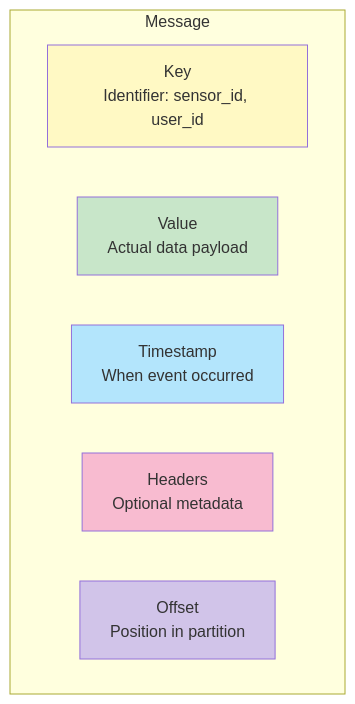
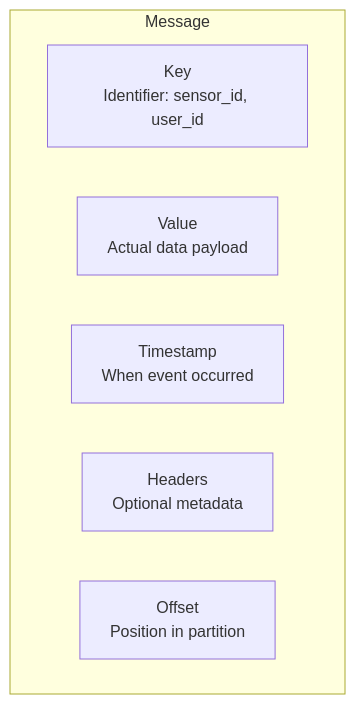
The fourth of 26 diagrams in docs/tutorials/kafka-getting-started.md (mombe090/techdocs), drawn with Mermaid before and after one commit. The commit also changed other lines of this file and 11 other files, not shown here.

First line of the commit message:
style: remove hardcoded Mermaid diagram colors for dark mode compatibility

````diff
--- a/docs/tutorials/kafka-getting-started.md
+++ b/docs/tutorials/kafka-getting-started.md
@@ -138,16 +130,11 @@
 ```mermaid
 graph TB
     subgraph Message
     A[Key<br/>Identifier: sensor_id, user_id]
     B[Value<br/>Actual data payload]
     C[Timestamp<br/>When event occurred]
     D[Headers<br/>Optional metadata]
     E[Offset<br/>Position in partition]
     end
 
-    style A fill:#fff9c4
-    style B fill:#c8e6c9
-    style C fill:#b3e5fc
-    style D fill:#f8bbd0
-    style E fill:#d1c4e9
 ```
````
